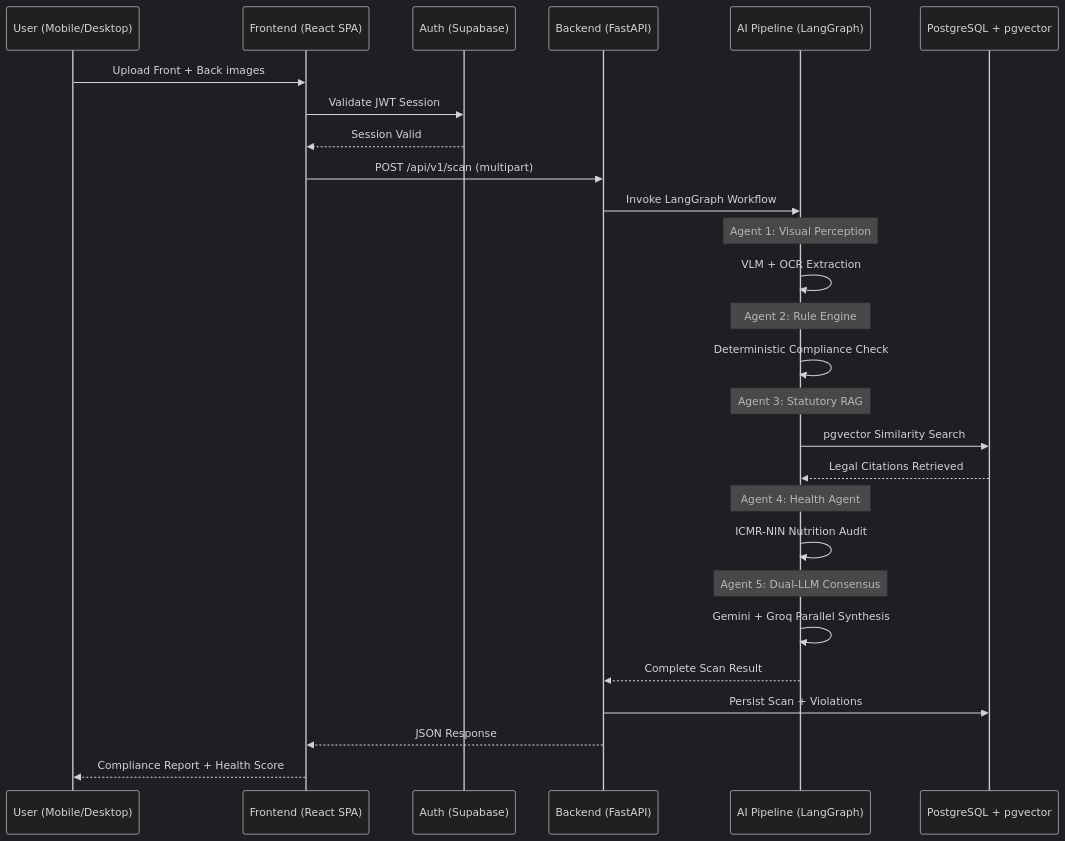
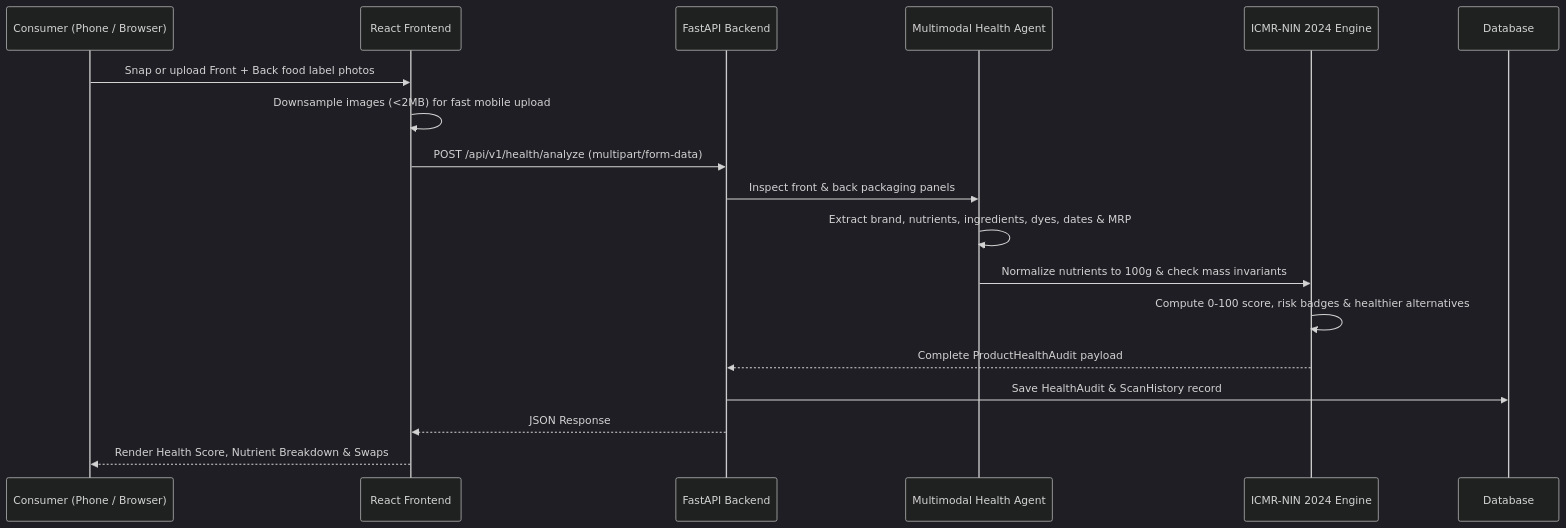
Before and after one commit to z-lovejeet/PackDrishti: the second of 2 diagrams in README.md, drawn with Mermaid (dark theme). The commit also changed other lines of this file and 159 other files, not shown here.

Commit message:
chore: remove compliance check feature, dataset, and statutory modules for pure consumer nutrition & health app

````diff
--- a/README.md
+++ b/README.md
@@ -203,36 +155,21 @@
 ```mermaid
 sequenceDiagram
-    participant U as User (Mobile/Desktop)
-    participant F as Frontend (React SPA)
-    participant A as Auth (Supabase)
-    participant B as Backend (FastAPI)
-    participant P as AI Pipeline (LangGraph)
-    participant DB as PostgreSQL + pgvector
+    participant U as Consumer (Phone / Browser)
+    participant F as React Frontend
+    participant B as FastAPI Backend
+    participant A as Multimodal Health Agent
+    participant E as ICMR-NIN 2024 Engine
+    participant DB as Database
 
-    U->>F: Upload Front + Back images
-    F->>A: Validate JWT Session
-    A-->>F: Session Valid
-    F->>B: POST /api/v1/scan (multipart)
-    B->>P: Invoke LangGraph Workflow
-    
-    Note over P: Agent 1: Visual Perception
-    P->>P: VLM + OCR Extraction
-    
-    Note over P: Agent 2: Rule Engine
-    P->>P: Deterministic Compliance Check
-    
-    Note over P: Agent 3: Statutory RAG
-    P->>DB: pgvector Similarity Search
-    DB-->>P: Legal Citations Retrieved
-    
-    Note over P: Agent 4: Health Agent
-    P->>P: ICMR-NIN Nutrition Audit
-    
-    Note over P: Agent 5: Dual-LLM Consensus
-    P->>P: Gemini + Groq Parallel Synthesis
-    
-    P-->>B: Complete Scan Result
-    B->>DB: Persist Scan + Violations
+    U->>F: Snap or upload Front + Back food label photos
+    F->>F: Downsample images (<2MB) for fast mobile upload
+    F->>B: POST /api/v1/health/analyze (multipart/form-data)
+    B->>A: Inspect front & back packaging panels
+    A->>A: Extract brand, nutrients, ingredients, dyes, dates & MRP
+    A->>E: Normalize nutrients to 100g & check mass invariants
+    E->>E: Compute 0-100 score, risk badges & healthier alternatives
+    E-->>B: Complete ProductHealthAudit payload
+    B->>DB: Save HealthAudit & ScanHistory record
     B-->>F: JSON Response
-    F-->>U: Compliance Report + Health Score
+    F-->>U: Render Health Score, Nutrient Breakdown & Swaps
 ```
````
